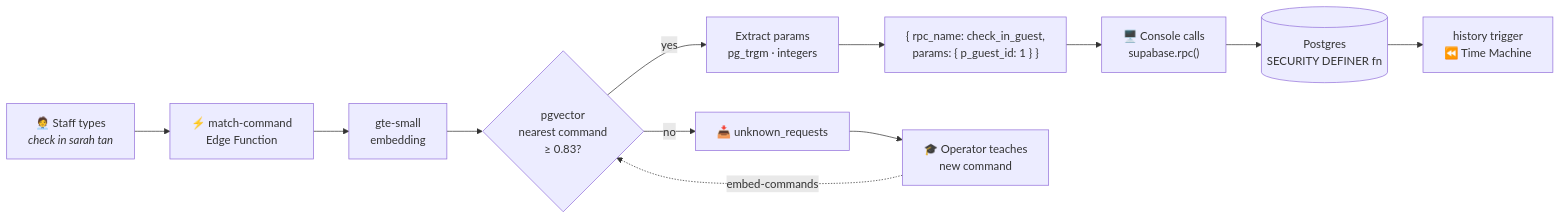
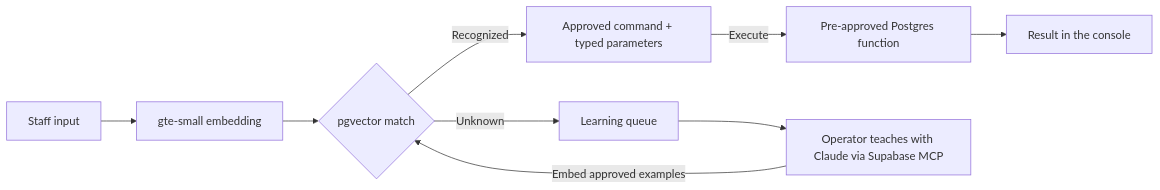
One commit to Chi944/Backstage changed the diagram in README.md. Above: the diagram before and after it, drawn with Mermaid. The commit also changed other lines of this file and 26 other files, not shown here.

Commit message:
Ship the Backstage event console and match-only demo smoke test

````diff
--- a/README.md
+++ b/README.md
@@ -36,14 +7,11 @@
 ```mermaid
 flowchart LR
-    U["🧑‍💼 Staff types<br/><i>check in sarah tan</i>"] --> F["⚡ match-command<br/>Edge Function"]
-    F --> E["gte-small<br/>embedding"]
-    E --> V{"pgvector<br/>nearest command<br/>≥ 0.83?"}
-    V -- yes --> P["Extract params<br/>pg_trgm · integers"]
-    P --> R["{ rpc_name: check_in_guest,<br/>params: { p_guest_id: 1 } }"]
-    R --> C["🖥️ Console calls<br/>supabase.rpc()"]
-    C --> DB[("Postgres<br/>SECURITY DEFINER fn")]
-    DB --> H["history trigger<br/>⏪ Time Machine"]
-    V -- no --> Q["📥 unknown_requests"]
-    Q --> T["🎓 Operator teaches<br/>new command"]
-    T -. embed-commands .-> V
+    I["Staff input"] --> E["gte-small embedding"]
+    E --> M{"pgvector match"}
+    M -->|Recognized| P["Approved command + typed parameters"]
+    P -->|Execute| F["Pre-approved Postgres function"]
+    F --> R["Result in the console"]
+    M -->|Unknown| Q["Learning queue"]
+    Q --> T["Operator teaches with Claude via Supabase MCP"]
+    T -->|Embed approved examples| M
 ```
````
